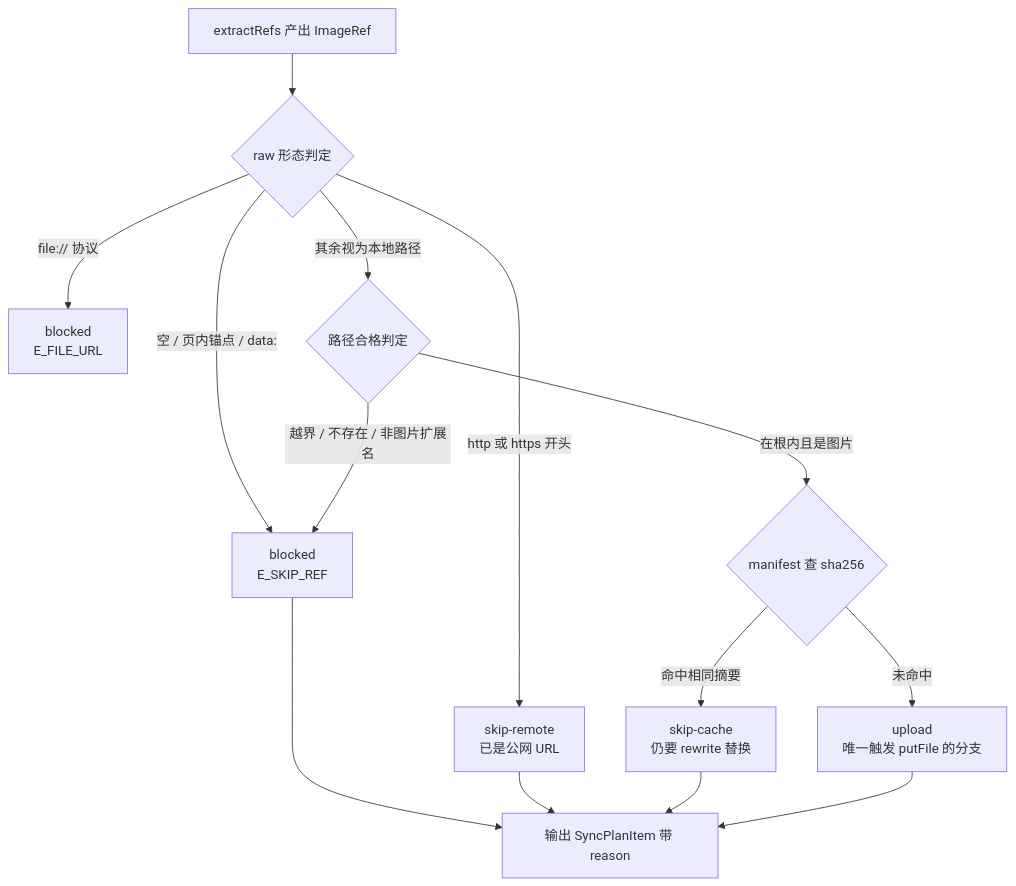
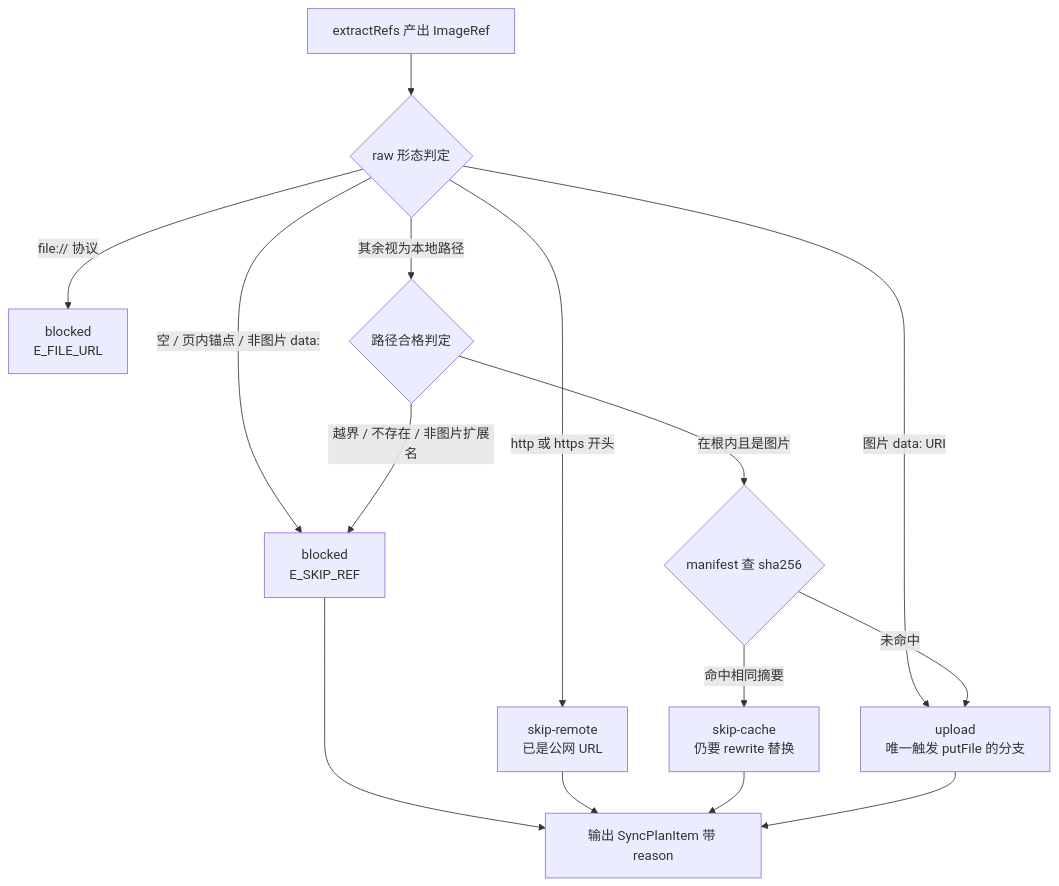
Before and after one commit to Aermberry/picture_bed: the second of 4 diagrams in docs/design/module-transfer.md, drawn with Mermaid. The commit also changed other lines of this file and 9 other files, not shown here.

````diff
--- a/docs/design/module-transfer.md
+++ b/docs/design/module-transfer.md
@@ -145,20 +145,21 @@
 ```mermaid
 flowchart TD
     REF[extractRefs 产出 ImageRef] --> RAW{raw 形态判定}
 
-    RAW -->|空 / 页内锚点 / data:| BL[blocked<br/>E_SKIP_REF]
+    RAW -->|空 / 页内锚点 / 非图片 data:| BL[blocked<br/>E_SKIP_REF]
+    RAW -->|图片 data: URI| UP
     RAW -->|http 或 https 开头| SR[skip-remote<br/>已是公网 URL]
     RAW -->|file:// 协议| FU[blocked<br/>E_FILE_URL]
     RAW -->|其余视为本地路径| LOCAL{路径合格判定}
 
     LOCAL -->|越界 / 不存在 / 非图片扩展名| BL
     LOCAL -->|在根内且是图片| CACHE{manifest 查 sha256}
 
     CACHE -->|命中相同摘要| SC[skip-cache<br/>仍要 rewrite 替换]
     CACHE -->|未命中| UP[upload<br/>唯一触发 putFile 的分支]
 
     BL --> OUT[输出 SyncPlanItem 带 reason]
     SR --> OUT
     SC --> OUT
     UP --> OUT
 ```
````
